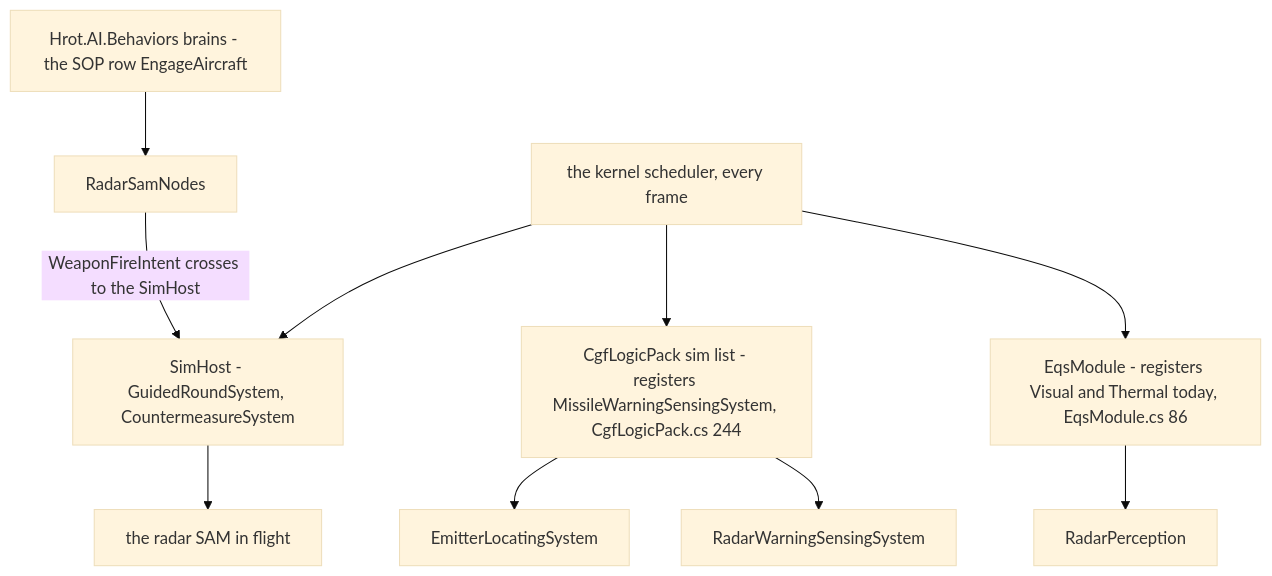
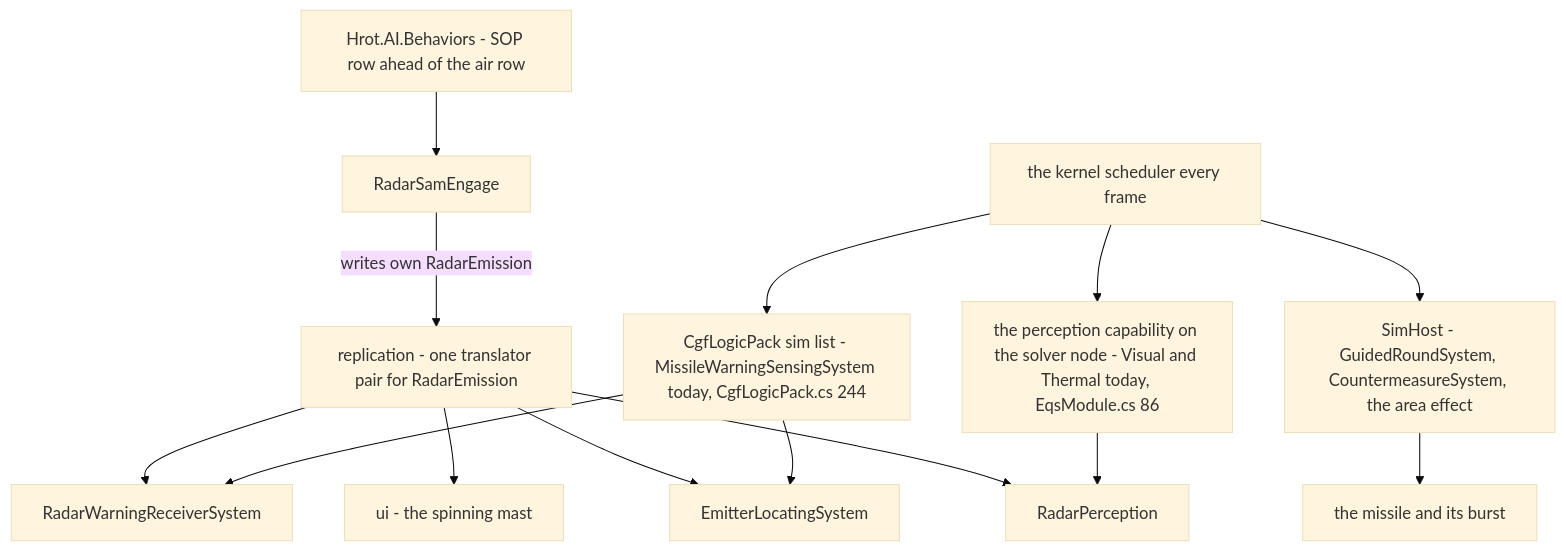
One commit to pjanec/HROT changed the third of 3 diagrams in docs/designs/air-attack/DESIGN_Radar_SAM.md. Above: the diagram before and after it, drawn with Mermaid (base theme). The commit also changed other lines of this file and 2 other files, not shown here.

First line of the commit message:
docs(radar-sam): review approved (R-4259) - aircraft beyond the terrain, radiation published (RadarEmission); §2-§5 amended; CE-4619

````diff
--- a/docs/designs/air-attack/DESIGN_Radar_SAM.md
+++ b/docs/designs/air-attack/DESIGN_Radar_SAM.md
@@ -162,12 +174,16 @@
 ```mermaid
 graph TD
-  EQS[EqsModule - registers Visual and Thermal today, EqsModule.cs 86] --> RP[RadarPerception]
-  CGF[CgfLogicPack sim list - registers MissileWarningSensingSystem, CgfLogicPack.cs 244] --> RW[RadarWarningSensingSystem]
+  CGF[CgfLogicPack sim list - MissileWarningSensingSystem today, CgfLogicPack.cs 244] --> RWR[RadarWarningReceiverSystem]
   CGF --> EL[EmitterLocatingSystem]
-  BEH[Hrot.AI.Behaviors brains - the SOP row EngageAircraft] --> RS[RadarSamNodes]
-  SIM[SimHost - GuidedRoundSystem, CountermeasureSystem] --> MIS[the radar SAM in flight]
-  SCH[the kernel scheduler, every frame] --> EQS
-  SCH --> CGF
+  EQS[the perception capability on the solver node - Visual and Thermal today, EqsModule.cs 86] --> RP[RadarPerception]
+  REP[replication - one translator pair for RadarEmission] --> RWR
+  REP --> RP
+  REP --> EL
+  REP --> VIS[ui - the spinning mast]
+  BEH[Hrot.AI.Behaviors - SOP row ahead of the air row] --> RS[RadarSamEngage]
+  RS -->|writes own RadarEmission| REP
+  SIM[SimHost - GuidedRoundSystem, CountermeasureSystem, the area effect] --> MIS[the missile and its burst]
+  SCH[the kernel scheduler every frame] --> CGF
+  SCH --> EQS
   SCH --> SIM
-  RS -->|WeaponFireIntent crosses to the SimHost| SIM
 ```
````
